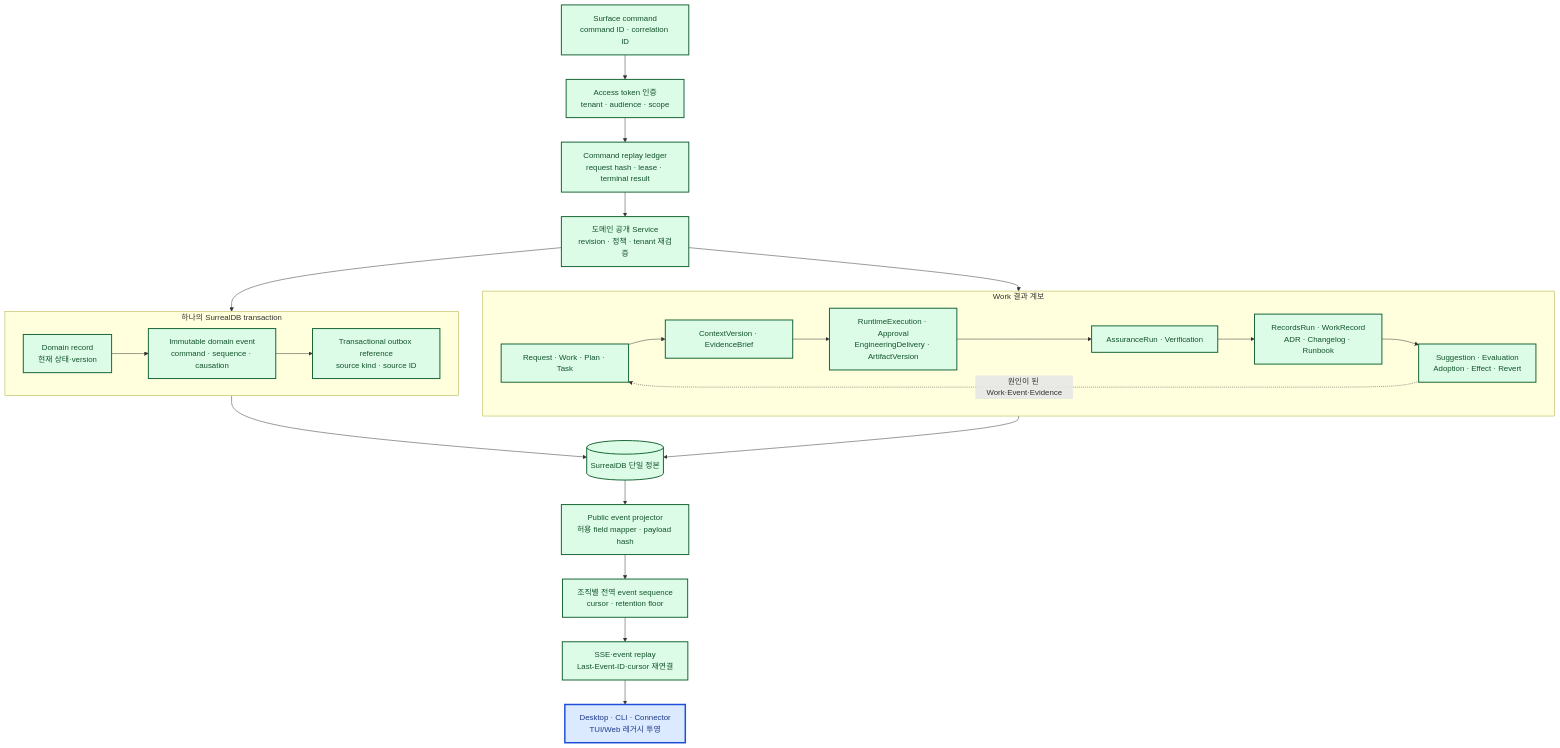
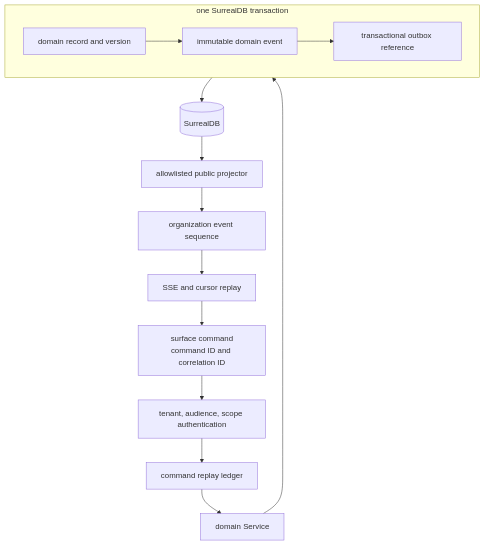
The sixth of 7 diagrams in docs/architecture/README.md (jabdori/massion), drawn with Mermaid before and after one commit. The commit also changed other lines of this file and 31 other files, not shown here.

````diff
--- a/docs/architecture/README.md
+++ b/docs/architecture/README.md
@@ -505,53 +211,18 @@
 ```mermaid
 flowchart TB
-  classDef implemented fill:#dcfce7,stroke:#166534,color:#14532d,stroke-width:2px;
-  classDef implementing fill:#dbeafe,stroke:#1d4ed8,color:#1e3a8a,stroke-width:3px;
-  classDef planned fill:#f3f4f6,stroke:#6b7280,color:#374151,stroke-width:1px,stroke-dasharray:5 5;
-  classDef external fill:#ffedd5,stroke:#c2410c,color:#7c2d12,stroke-width:2px;
+  Surface["surface command<br/>command ID and correlation ID"] --> Auth["tenant, audience, scope authentication"]
+  Auth --> Ledger["command replay ledger"]
+  Ledger --> Domain["domain Service"]
 
-  Surface["Surface command<br/>command ID · correlation ID"]:::implemented
-  Auth["Access token 인증<br/>tenant · audience · scope"]:::implemented
-  Ledger["Command replay ledger<br/>request hash · lease · terminal result"]:::implemented
-  Domain["도메인 공개 Service<br/>revision · 정책 · tenant 재검증"]:::implemented
-
-  subgraph Transaction["하나의 SurrealDB transaction"]
-    Record["Domain record<br/>현재 상태·version"]:::implemented
-    Event["Immutable domain event<br/>command · sequence · causation"]:::implemented
-    Outbox["Transactional outbox reference<br/>source kind · source ID"]:::implemented
-    Record --> Event
-    Event --> Outbox
+  subgraph Transaction["one SurrealDB transaction"]
+    Record["domain record and version"] --> Event["immutable domain event"]
+    Event --> Outbox["transactional outbox reference"]
   end
 
-  Projector["Public event projector<br/>허용 field mapper · payload hash"]:::implemented
-  Sequence["조직별 전역 event sequence<br/>cursor · retention floor"]:::implemented
-  SSE["SSE·event replay<br/>Last-Event-ID·cursor 재연결"]:::implemented
-  Observer["Desktop · CLI · Connector<br/>TUI/Web 레거시 투영"]:::implementing
-  DB[("SurrealDB 단일 정본")]:::implemented
-
-  subgraph Lineage["Work 결과 계보"]
-    Work["Request · Work · Plan · Task"]:::implemented
-    Context["ContextVersion · EvidenceBrief"]:::implemented
-    Execution["RuntimeExecution · Approval<br/>EngineeringDelivery · ArtifactVersion"]:::implemented
-    Verification["AssuranceRun · Verification"]:::implemented
-    Records["RecordsRun · WorkRecord<br/>ADR · Changelog · Runbook"]:::implemented
-    Growth["Suggestion · Evaluation<br/>Adoption · Effect · Revert"]:::implemented
-    Work --> Context
-    Context --> Execution
-    Execution --> Verification
-    Verification --> Records
-    Records --> Growth
-    Growth -. "원인이 된 Work·Event·Evidence" .-> Work
-  end
-
-  Surface --> Auth
-  Auth --> Ledger
-  Ledger --> Domain
   Domain --> Transaction
-  Transaction --> DB
-  DB --> Projector
-  Projector --> Sequence
-  Sequence --> SSE
-  SSE --> Observer
-  Domain --> Lineage
-  Lineage --> DB
+  Transaction --> DB[("SurrealDB")]
+  DB --> Projector["allowlisted public projector"]
+  Projector --> Sequence["organization event sequence"]
+  Sequence --> Stream["SSE and cursor replay"]
+  Stream --> Surface
 ```
````
